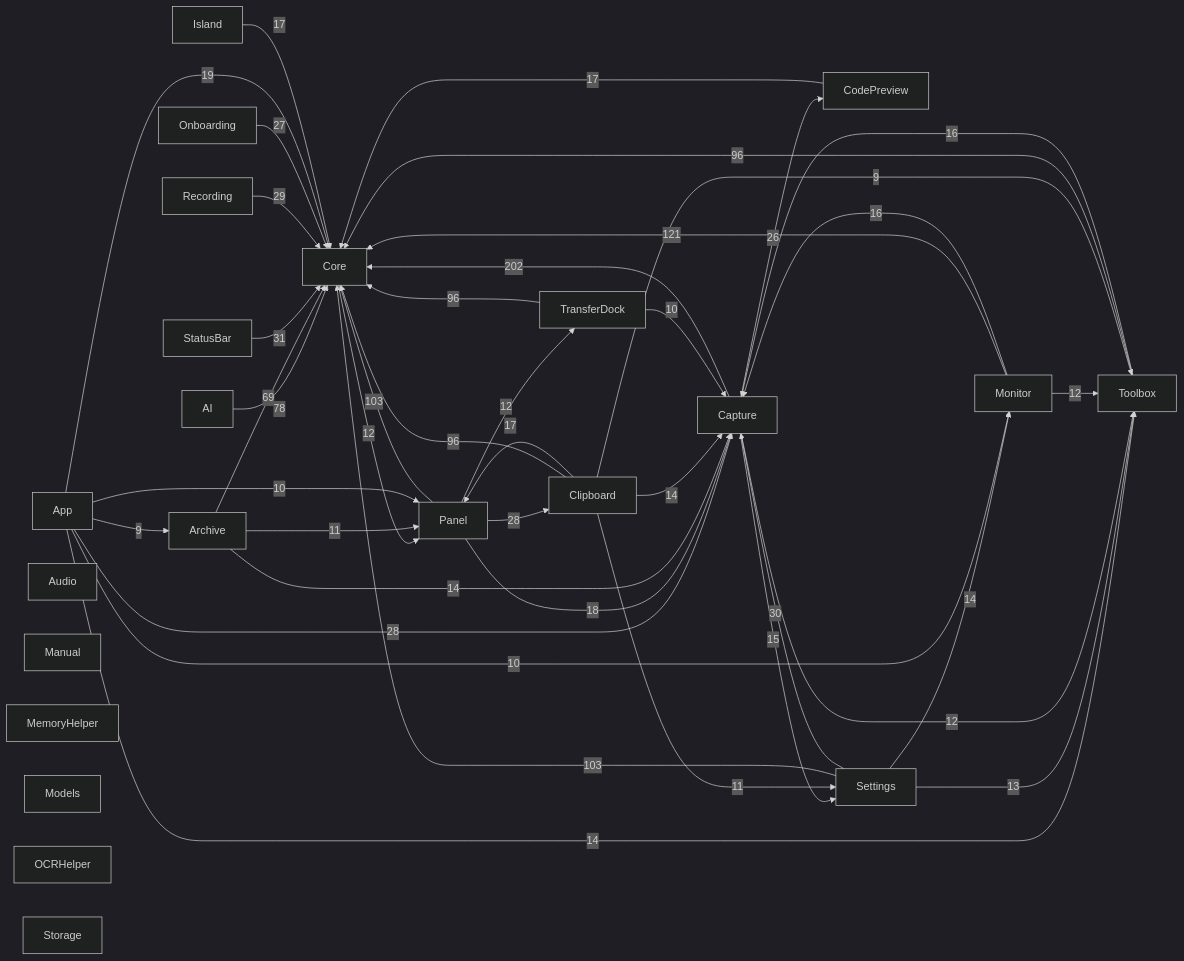
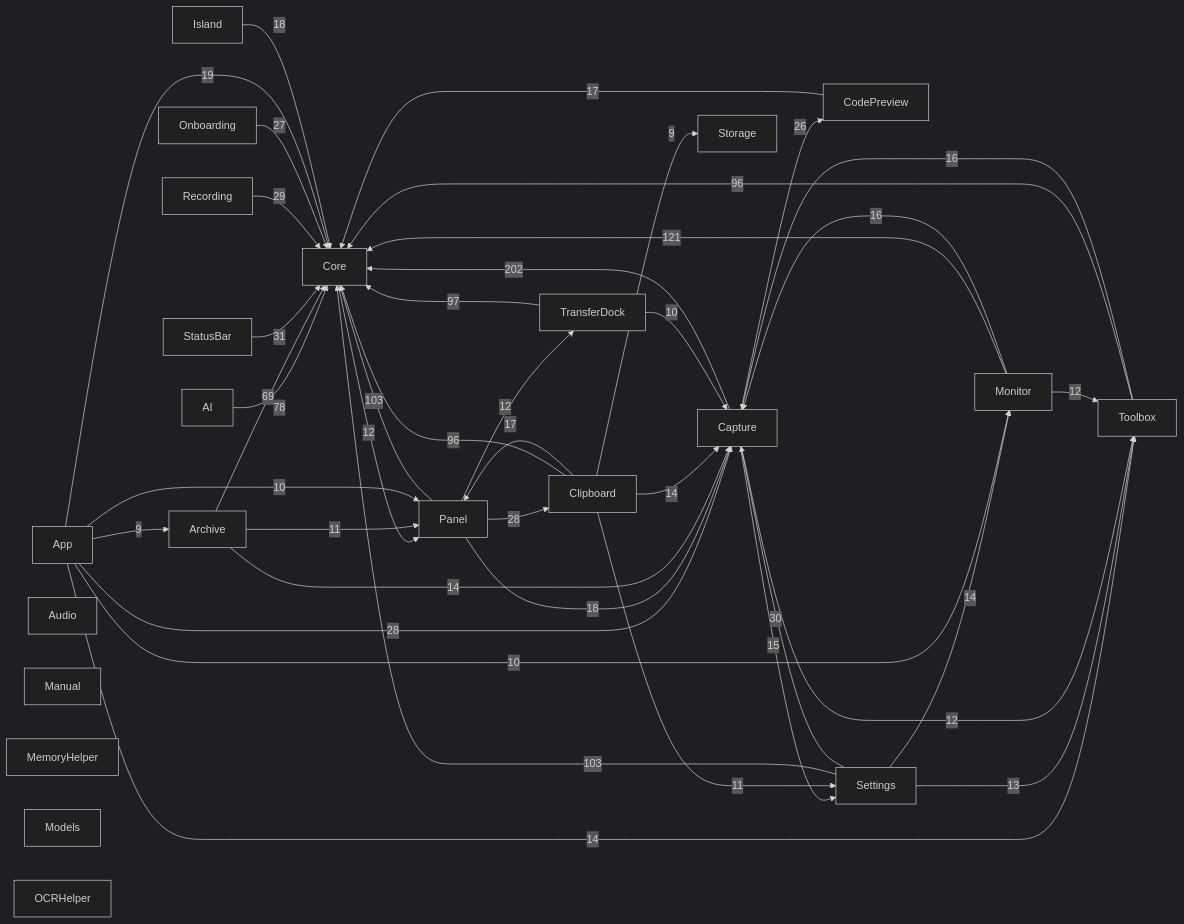
The diagram in docs/00-总览/模块依赖图.md (sxyq/Kitnest), drawn with Mermaid (dark theme) before and after one commit. The commit also changed other lines of this file and 16 other files, not shown here.

````diff
--- a/docs/00-总览/模块依赖图.md
+++ b/docs/00-总览/模块依赖图.md
@@ -36,65 +36,65 @@
 ```mermaid
 flowchart LR
   M0["AI"]
   M1["App"]
   M2["Archive"]
   M3["Audio"]
   M4["Capture"]
   M5["Clipboard"]
   M6["CodePreview"]
   M7["Core"]
   M8["Island"]
   M9["Manual"]
   M10["MemoryHelper"]
   M11["Models"]
   M12["Monitor"]
   M13["OCRHelper"]
   M14["Onboarding"]
   M15["Panel"]
   M16["Recording"]
   M17["Settings"]
   M18["StatusBar"]
   M19["Storage"]
   M20["Toolbox"]
   M21["TransferDock"]
   M4 -->|202| M7
   M12 -->|121| M7
   M15 -->|103| M7
   M17 -->|103| M7
+  M21 -->|97| M7
   M5 -->|96| M7
   M20 -->|96| M7
-  M21 -->|96| M7
   M0 -->|78| M7
   M2 -->|69| M7
   M18 -->|31| M7
   M17 -->|30| M4
   M16 -->|29| M7
   M1 -->|28| M4
   M15 -->|28| M5
   M14 -->|27| M7
   M4 -->|26| M6
   M1 -->|19| M7
   M15 -->|18| M4
+  M8 -->|18| M7
   M5 -->|17| M15
   M6 -->|17| M7
-  M8 -->|17| M7
   M12 -->|16| M4
   M20 -->|16| M4
   M4 -->|15| M17
   M1 -->|14| M20
   M2 -->|14| M4
   M5 -->|14| M4
   M17 -->|14| M12
   M17 -->|13| M20
   M7 -->|12| M15
   M4 -->|12| M20
   M12 -->|12| M20
   M15 -->|12| M21
   M2 -->|11| M15
   M5 -->|11| M17
   M1 -->|10| M15
   M1 -->|10| M12
   M21 -->|10| M4
   M1 -->|9| M2
-  M5 -->|9| M20
+  M5 -->|9| M19
 ```
````
